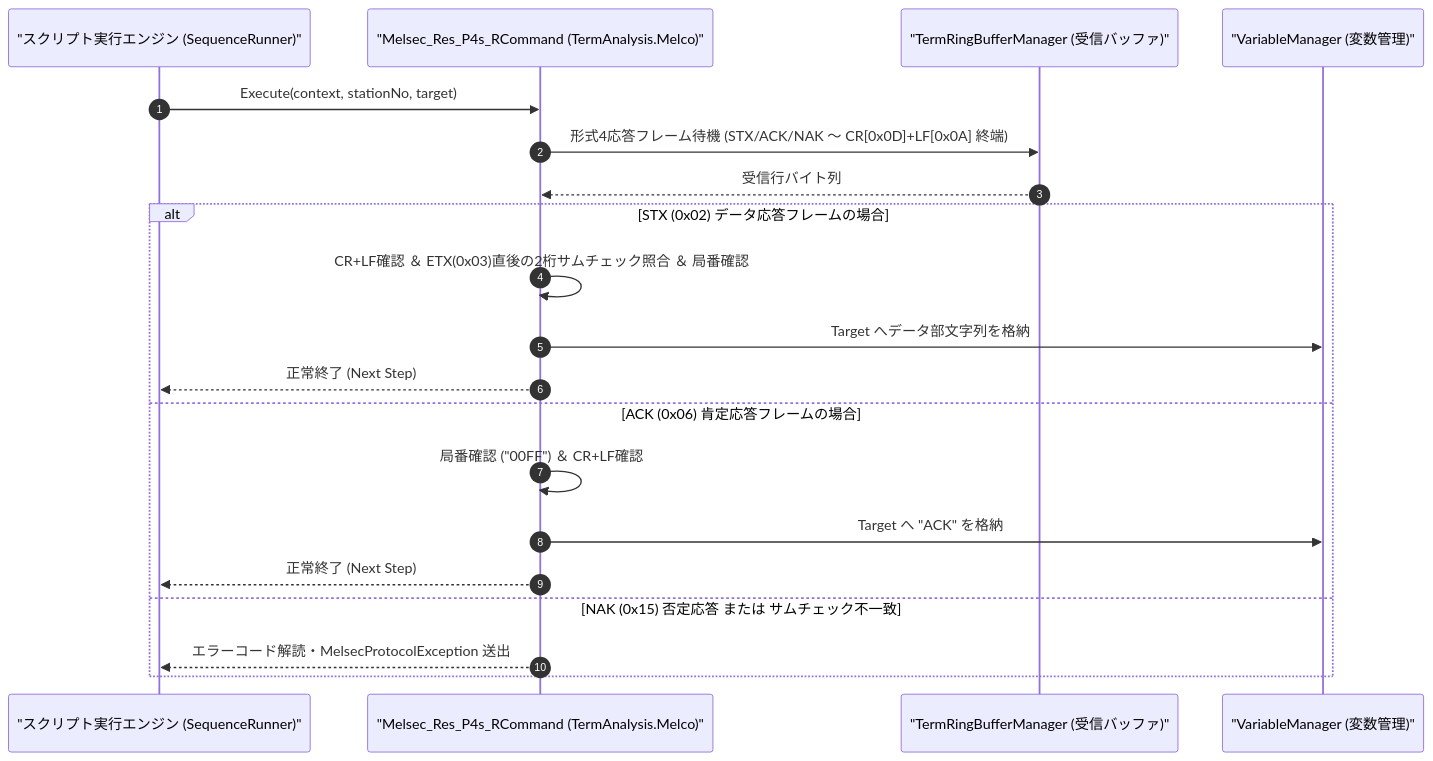
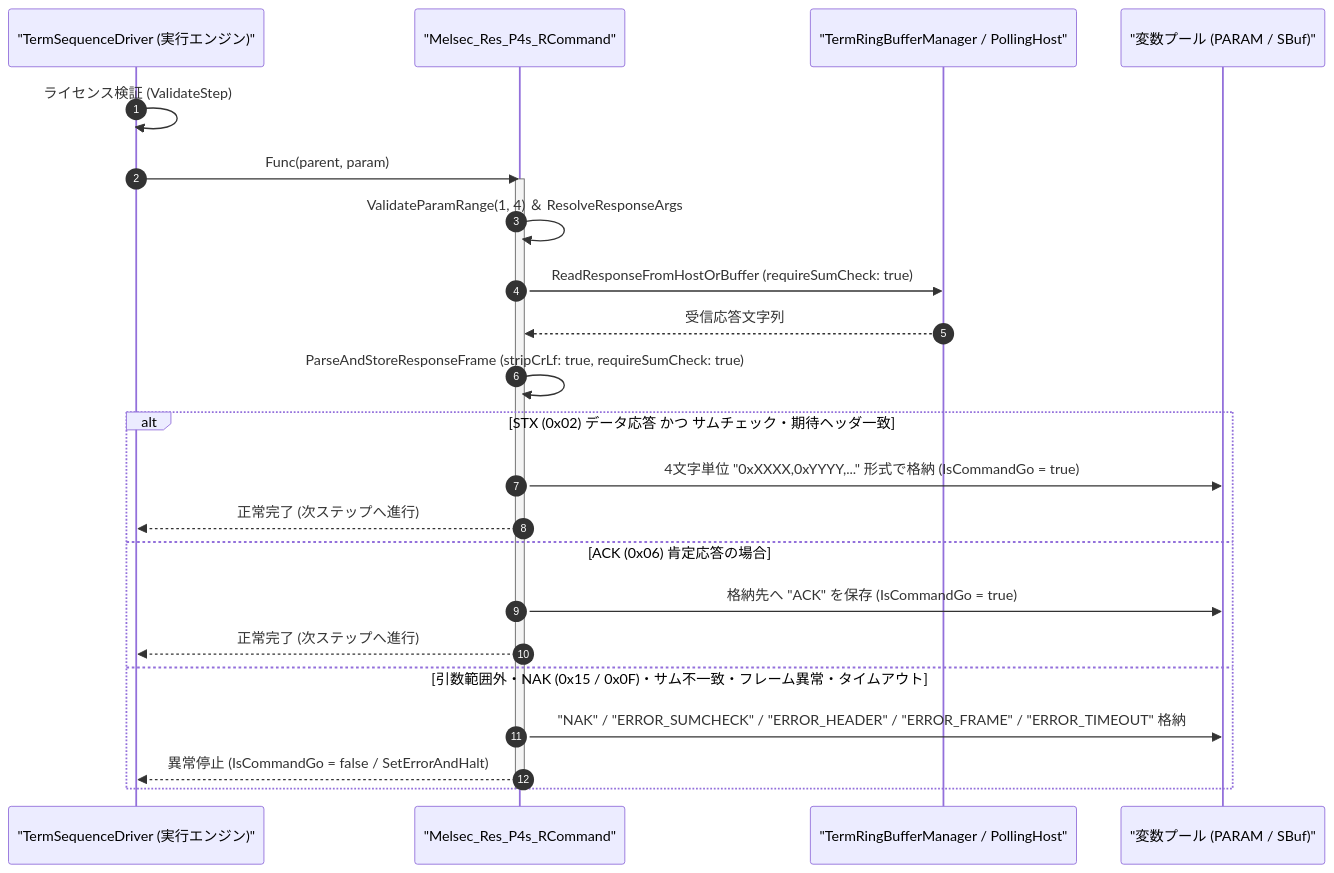
Before and after one commit to Monaca-App/TermAddIn: the diagram in Manual/Melco/Melsec_Res_P4s_R.Md, drawn with Mermaid. The commit also changed other lines of this file and 157 other files, not shown here.

````diff
--- a/Manual/Melco/Melsec_Res_P4s_R.Md
+++ b/Manual/Melco/Melsec_Res_P4s_R.Md
@@ -73,23 +77,27 @@
 ```mermaid
 sequenceDiagram
     autonumber
-    participant Script as "スクリプト実行エンジン (SequenceRunner)"
-    participant Cmd as "Melsec_Res_P4s_RCommand (TermAnalysis.Melco)"
-    participant Buf as "TermRingBufferManager (受信バッファ)"
-    participant Var as "VariableManager (変数管理)"
+    participant Driver as "TermSequenceDriver (実行エンジン)"
+    participant Cmd as "Melsec_Res_P4s_RCommand"
+    participant Buf as "TermRingBufferManager / PollingHost"
+    participant Var as "変数プール (PARAM / SBuf)"
 
-    Script->>Cmd: Execute(context, stationNo, target)
-    Cmd->>Buf: 形式4応答フレーム待機 (STX/ACK/NAK 〜 CR[0x0D]+LF[0x0A] 終端)
-    Buf-->>Cmd: 受信行バイト列
-    alt STX (0x02) データ応答フレームの場合
-        Cmd->>Cmd: CR+LF確認 ＆ ETX(0x03)直後の2桁サムチェック照合 ＆ 局番確認
-        Cmd->>Var: Target へデータ部文字列を格納
-        Cmd-->>Script: 正常終了 (Next Step)
-    else ACK (0x06) 肯定応答フレームの場合
-        Cmd->>Cmd: 局番確認 ("00FF") ＆ CR+LF確認
-        Cmd->>Var: Target へ "ACK" を格納
-        Cmd-->>Script: 正常終了 (Next Step)
-    else NAK (0x15) 否定応答 または サムチェック不一致
-        Cmd-->>Script: エラーコード解読・MelsecProtocolException 送出
+    Driver->>Driver: ライセンス検証 (ValidateStep)
+    Driver->>Cmd: Func(parent, param)
+    activate Cmd
+    Cmd->>Cmd: ValidateParamRange(1, 4) ＆ ResolveResponseArgs
+    Cmd->>Buf: ReadResponseFromHostOrBuffer (requireSumCheck: true)
+    Buf-->>Cmd: 受信応答文字列
+    Cmd->>Cmd: ParseAndStoreResponseFrame (stripCrLf: true, requireSumCheck: true)
+    alt STX (0x02) データ応答 かつ サムチェック・期待ヘッダ一致
+        Cmd->>Var: 4文字単位 "0xXXXX,0xYYYY,..." 形式で格納 (IsCommandGo = true)
+        Cmd-->>Driver: 正常完了 (次ステップへ進行)
+    else ACK (0x06) 肯定応答の場合
+        Cmd->>Var: 格納先へ "ACK" を保存 (IsCommandGo = true)
+        Cmd-->>Driver: 正常完了 (次ステップへ進行)
+    else 引数範囲外・NAK (0x15 / 0x0F)・サム不一致・フレーム異常・タイムアウト
+        Cmd->>Var: "NAK" / "ERROR_SUMCHECK" / "ERROR_HEADER" / "ERROR_FRAME" / "ERROR_TIMEOUT" 格納
+        Cmd-->>Driver: 異常停止 (IsCommandGo = false / SetErrorAndHalt)
     end
+    deactivate Cmd
 ```
````
